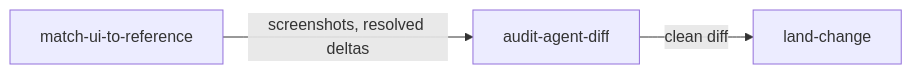
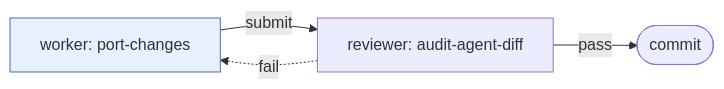
Before and after one commit to bcmyguest/personal-skills: the fourth of 7 diagrams in CHAINS.md, drawn with Mermaid. The commit also changed other lines of this file and 23 other files, not shown here.

````diff
--- a/CHAINS.md
+++ b/CHAINS.md
@@ -143,10 +90,11 @@
 ```mermaid
 flowchart LR
-  match_ui_to_reference["match-ui-to-reference"]
-  audit_agent_diff["audit-agent-diff"]
-  land_change["land-change"]
-  match_ui_to_reference -->|"screenshots, resolved deltas"| audit_agent_diff
-  audit_agent_diff -->|"clean diff"| land_change
-  classDef external stroke-dasharray: 4 3
-  classDef action fill:#fff4d6,stroke:#b8860b
+  worker["worker: port-changes"]
+  reviewer["reviewer: audit-agent-diff"]
+  done(["commit"])
+  worker -->|submit| reviewer
+  reviewer -->|pass| done
+  reviewer -.->|fail| worker
+  classDef step fill:#e8f0fe,stroke:#4a6fa5
+  class worker step
 ```
````
